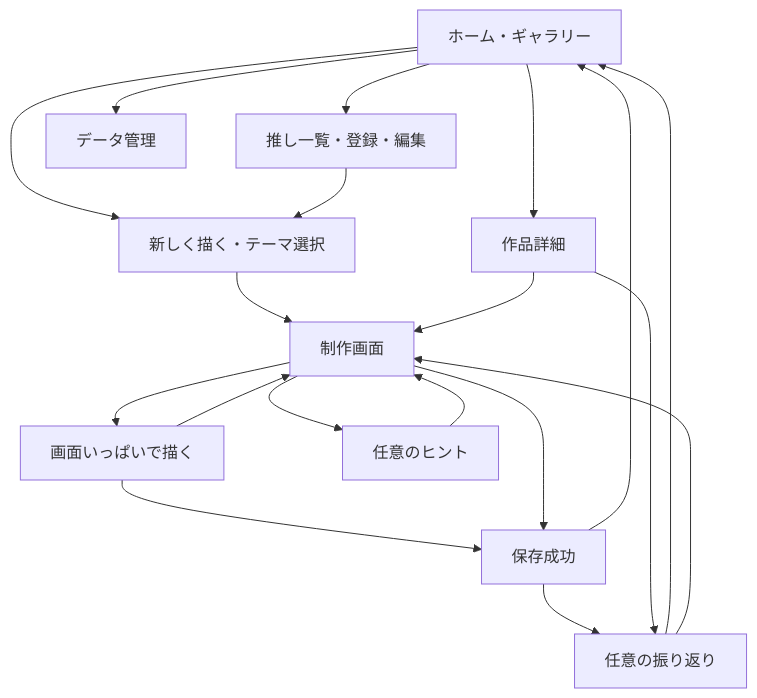
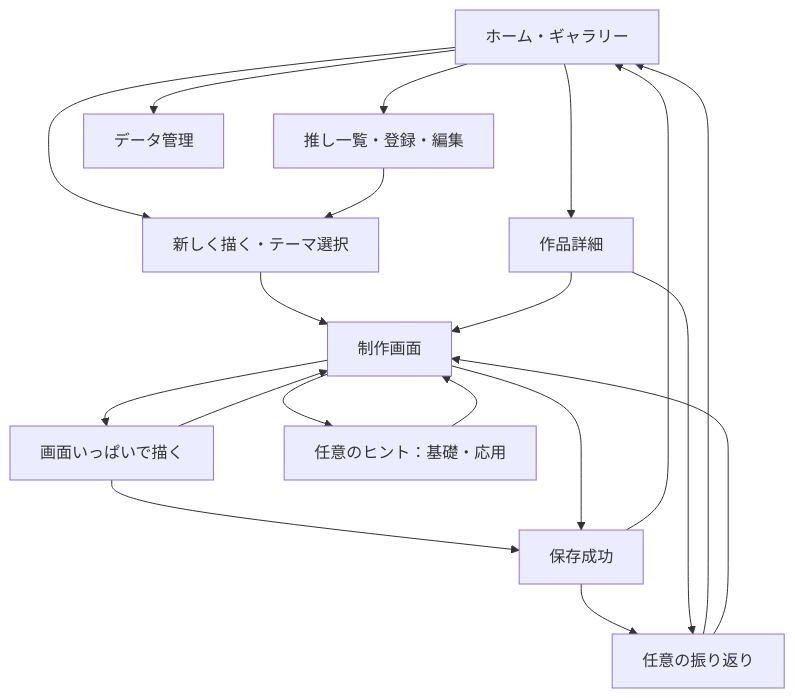
One commit to ahiinaamanehara-jpg/- changed the diagram in docs/SCREEN_FLOW.md. Above: the diagram before and after it, drawn with Mermaid. The commit also changed other lines of this file and 13 other files, not shown here.

````diff
--- a/docs/SCREEN_FLOW.md
+++ b/docs/SCREEN_FLOW.md
@@ -5,21 +5,21 @@
 ```mermaid
 flowchart TD
   A[ホーム・ギャラリー] --> B[推し一覧・登録・編集]
   A --> C[新しく描く・テーマ選択]
   B --> C
   C --> D[制作画面]
   A --> E[作品詳細]
   E --> D
   D --> F[画面いっぱいで描く]
   F --> D
   F --> S[保存成功]
-  D --> H[任意のヒント]
+  D --> H[任意のヒント：基礎・応用]
   H --> D
   D --> S[保存成功]
   S --> R[任意の振り返り]
   S --> A
   R --> A
   R --> D
   E --> R
   A --> M[データ管理]
 ```
````
